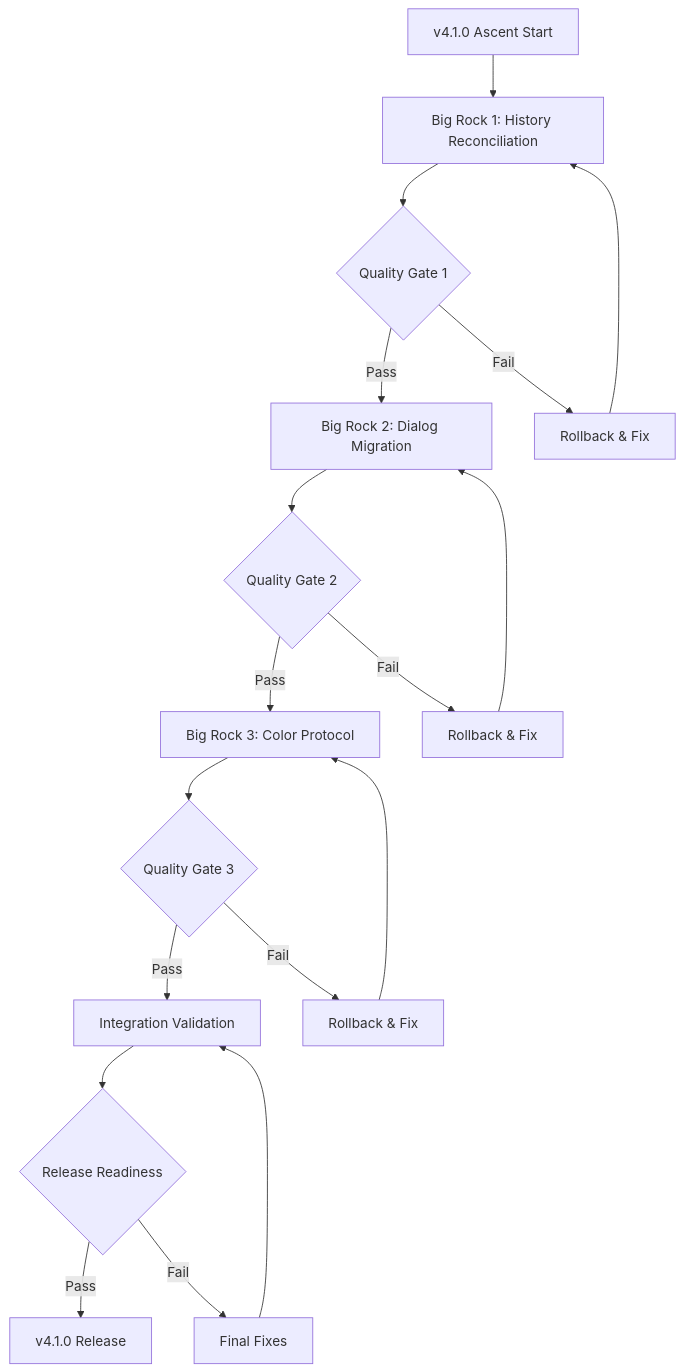
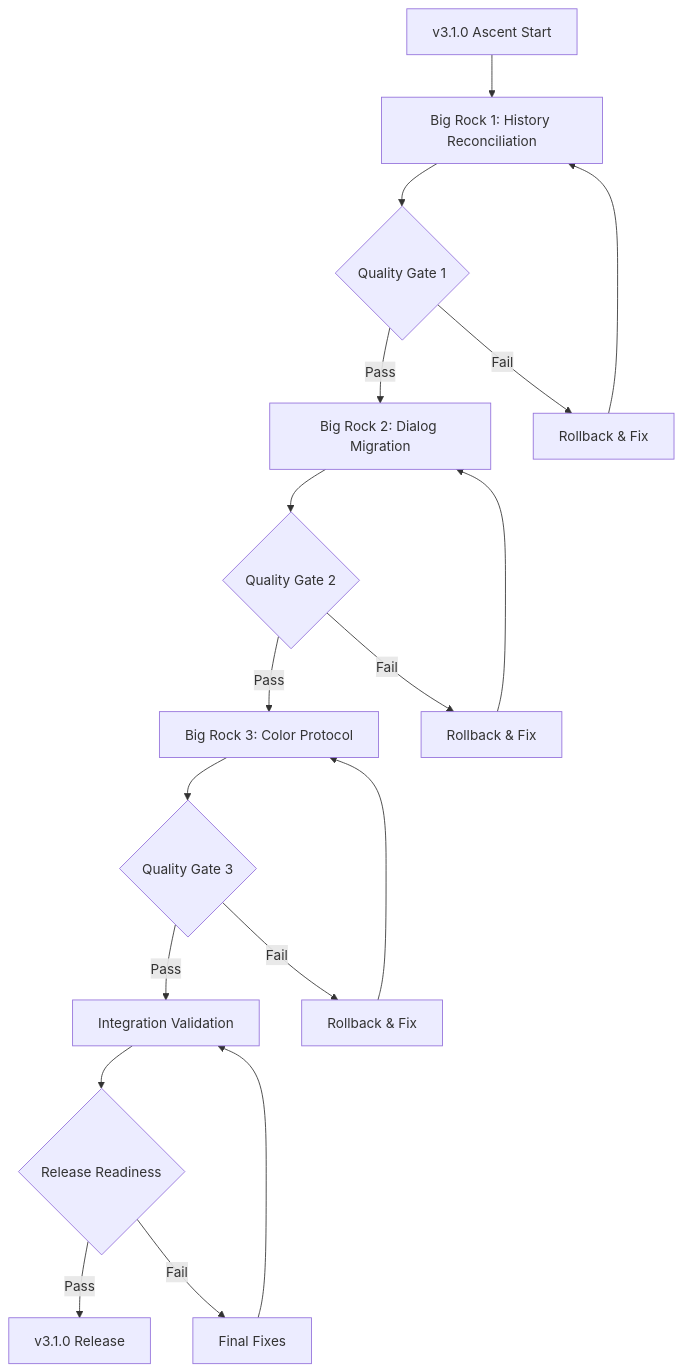
Before and after one commit to wisdomoflovingfaith/lupopedia: the diagram in .kiro/specs/v4-1-0-ascent-master-plan/design.md, drawn with Mermaid. The commit also changed other lines of this file and 1731 other files, not shown here.

````diff
--- a/.kiro/specs/v4-1-0-ascent-master-plan/design.md
+++ b/.kiro/specs/v4-1-0-ascent-master-plan/design.md
@@ -19,20 +19,20 @@
 ```mermaid
 graph TD
-    A[v4.1.0 Ascent Start] --> B[Big Rock 1: History Reconciliation]
+    A[v3.1.0 Ascent Start] --> B[Big Rock 1: History Reconciliation]
     B --> C{Quality Gate 1}
     C -->|Pass| D[Big Rock 2: Dialog Migration]
     C -->|Fail| E[Rollback & Fix]
     E --> B
     D --> F{Quality Gate 2}
     F -->|Pass| G[Big Rock 3: Color Protocol]
     F -->|Fail| H[Rollback & Fix]
     H --> D
     G --> I{Quality Gate 3}
     I -->|Pass| J[Integration Validation]
     I -->|Fail| K[Rollback & Fix]
     K --> G
     J --> L{Release Readiness}
-    L -->|Pass| M[v4.1.0 Release]
+    L -->|Pass| M[v3.1.0 Release]
     L -->|Fail| N[Final Fixes]
     N --> J
 ```
````
